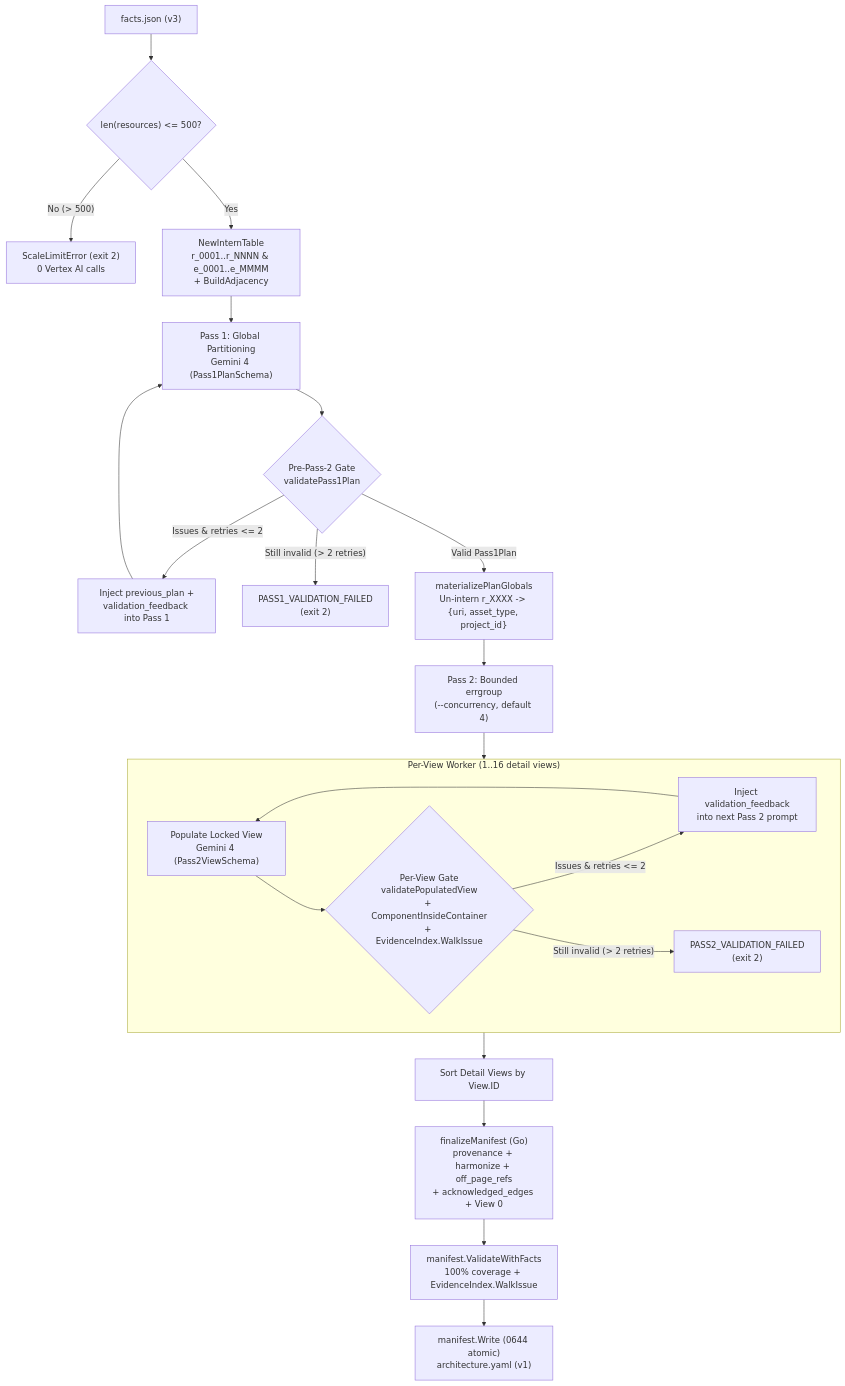
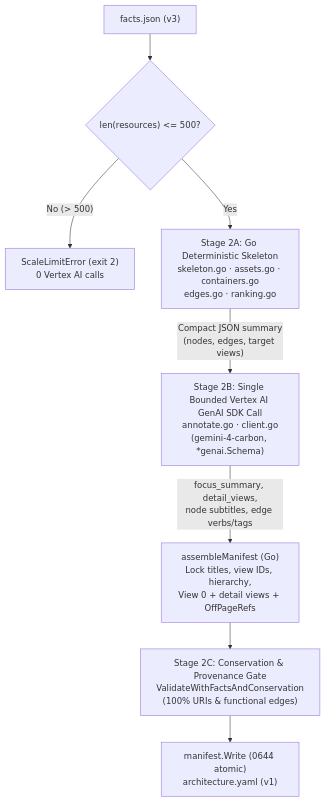
Before and after one commit to arrase/gcp-arch: the first of 2 diagrams in gh-pages/synthesis.md, drawn with Mermaid. The commit also changed other lines of this file and 172 other files, not shown here.

````diff
--- a/gh-pages/synthesis.md
+++ b/gh-pages/synthesis.md
@@ -146,28 +71,11 @@
 ```mermaid
 flowchart TD
     Facts["facts.json (v3)"] --> Cap{"len(resources) <= 500?"}
     Cap -- "No (> 500)" --> ErrCap["ScaleLimitError (exit 2)\n0 Vertex AI calls"]
-    Cap -- "Yes" --> Intern["NewInternTable\nr_0001..r_NNNN & e_0001..e_MMMM\n+ BuildAdjacency"]
+    Cap -- "Yes" --> Skel["Stage 2A: Go Deterministic Skeleton\nskeleton.go · assets.go · containers.go\nedges.go · ranking.go"]
 
-    Intern --> P1["Pass 1: Global Partitioning\nGemini 4 (Pass1PlanSchema)"]
-    P1 --> Gate1{"Pre-Pass-2 Gate\nvalidatePass1Plan"}
-    Gate1 -- "Issues & retries <= 2" --> P1Retry["Inject previous_plan +\nvalidation_feedback into Pass 1"]
-    P1Retry --> P1
-    Gate1 -- "Still invalid (> 2 retries)" --> ErrP1["PASS1_VALIDATION_FAILED\n(exit 2)"]
-
-    Gate1 -- "Valid Pass1Plan" --> Mat["materializePlanGlobals\nUn-intern r_XXXX -> {uri, asset_type, project_id}"]
-    Mat --> P2Pool["Pass 2: Bounded errgroup\n(--concurrency, default 4)"]
-
-    subgraph P2Worker ["Per-View Worker (1..16 detail views)"]
-        P2["Populate Locked View\nGemini 4 (Pass2ViewSchema)"] --> Gate2{"Per-View Gate\nvalidatePopulatedView\n+ ComponentInsideContainer\n+ EvidenceIndex.WalkIssue"}
-        Gate2 -- "Issues & retries <= 2" --> P2Retry["Inject validation_feedback\ninto next Pass 2 prompt"]
-        P2Retry --> P2
-        Gate2 -- "Still invalid (> 2 retries)" --> ErrP2["PASS2_VALIDATION_FAILED\n(exit 2)"]
-    end
-
-    P2Pool --> P2Worker
-    P2Worker --> SortViews["Sort Detail Views by View.ID"]
-    SortViews --> Finalize["finalizeManifest (Go)\nprovenance + harmonize + off_page_refs\n+ acknowledged_edges + View 0"]
-    Finalize --> FinalGate["manifest.ValidateWithFacts\n100% coverage + EvidenceIndex.WalkIssue"]
-    FinalGate --> Write["manifest.Write (0644 atomic)\narchitecture.yaml (v1)"]
+    Skel -->|"Compact JSON summary\n(nodes, edges, target views)"| Annot["Stage 2B: Single Bounded Vertex AI GenAI SDK Call\nannotate.go · client.go\n(gemini-4-carbon, *genai.Schema)"]
+    Annot -->|"focus_summary, detail_views,\nnode subtitles, edge verbs/tags"| Assemble["assembleManifest (Go)\nLock titles, view IDs, hierarchy,\nView 0 + detail views + OffPageRefs"]
+    Assemble --> Gate["Stage 2C: Conservation & Provenance Gate\nValidateWithFactsAndConservation\n(100% URIs & functional edges)"]
+    Gate --> Write["manifest.Write (0644 atomic)\narchitecture.yaml (v1)"]
 ```
````
